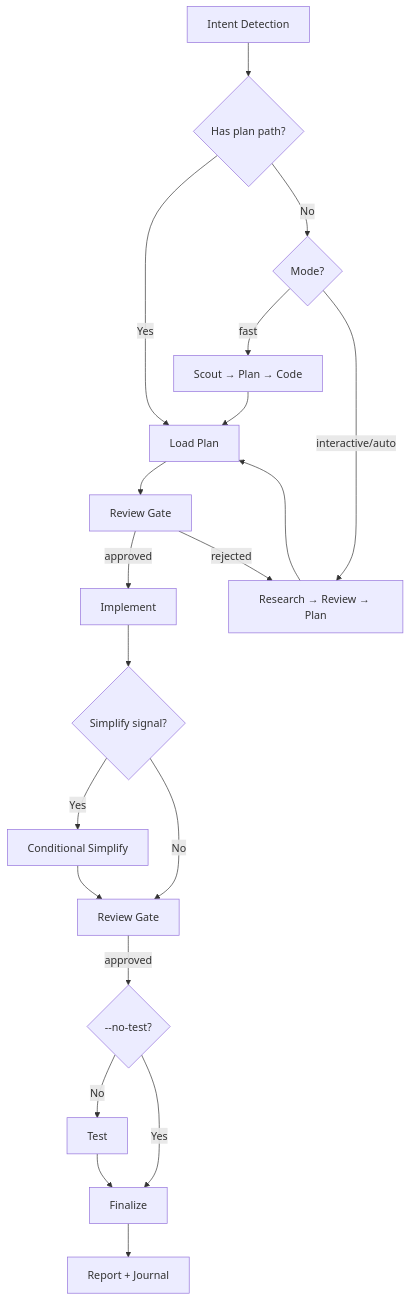
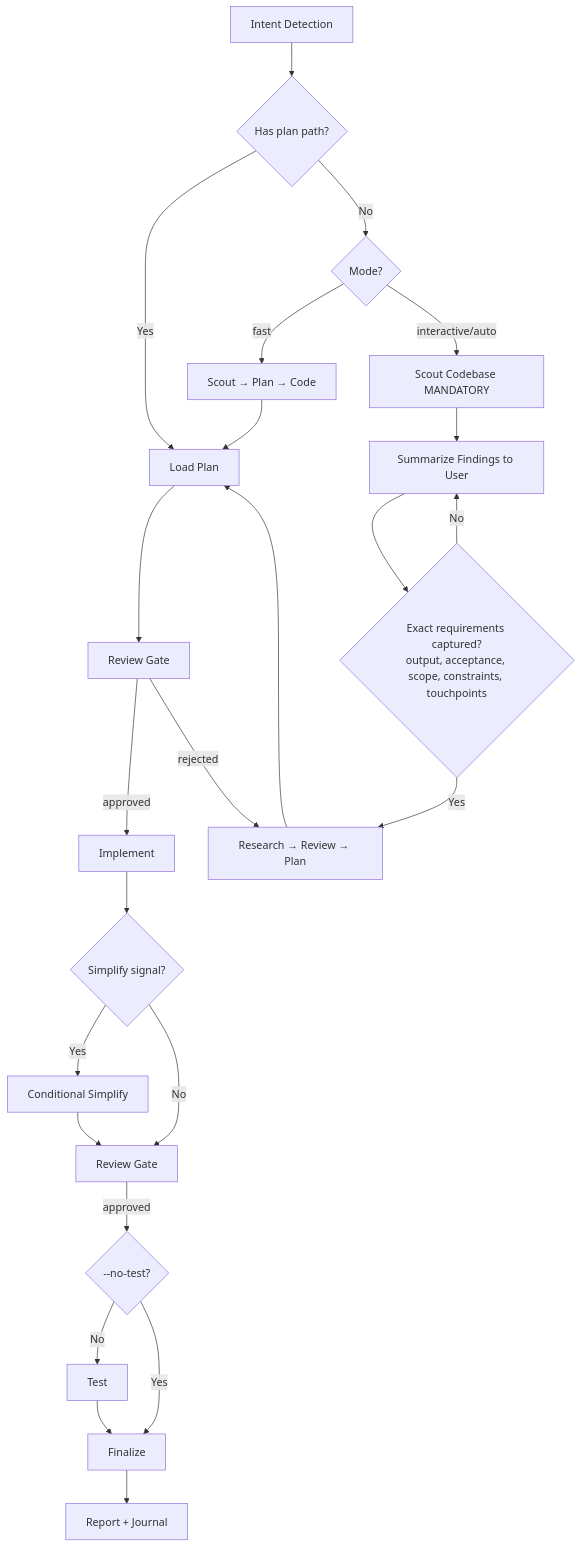
One commit to thanhtrucs-tn/flutter_application_1 changed the diagram in .claude/skills/cook/SKILL.md. Above: the diagram before and after it, drawn with Mermaid. The commit also changed other lines of this file and 454 other files, not shown here.

````diff
--- a/.claude/skills/cook/SKILL.md
+++ b/.claude/skills/cook/SKILL.md
@@ -79,22 +125,26 @@
 ```mermaid
 flowchart TD
     A[Intent Detection] --> B{Has plan path?}
     B -->|Yes| F[Load Plan]
     B -->|No| C{Mode?}
     C -->|fast| D[Scout → Plan → Code]
-    C -->|interactive/auto| E[Research → Review → Plan]
+    C -->|interactive/auto| SC[Scout Codebase MANDATORY]
+    SC --> SR[Summarize Findings to User]
+    SR --> RQ{Exact requirements captured?<br/>output, acceptance, scope, constraints, touchpoints}
+    RQ -->|No| SR
+    RQ -->|Yes| E[Research → Review → Plan]
     E --> F
     D --> F
     F --> G[Review Gate]
     G -->|approved| H[Implement]
     G -->|rejected| E
     H --> H1{Simplify signal?}
     H1 -->|Yes| H2[Conditional Simplify]
     H1 -->|No| I[Review Gate]
     H2 --> I
     I -->|approved| J{--no-test?}
     J -->|No| K[Test]
     J -->|Yes| L[Finalize]
     K --> L
     L --> M[Report + Journal]
 ```
````
